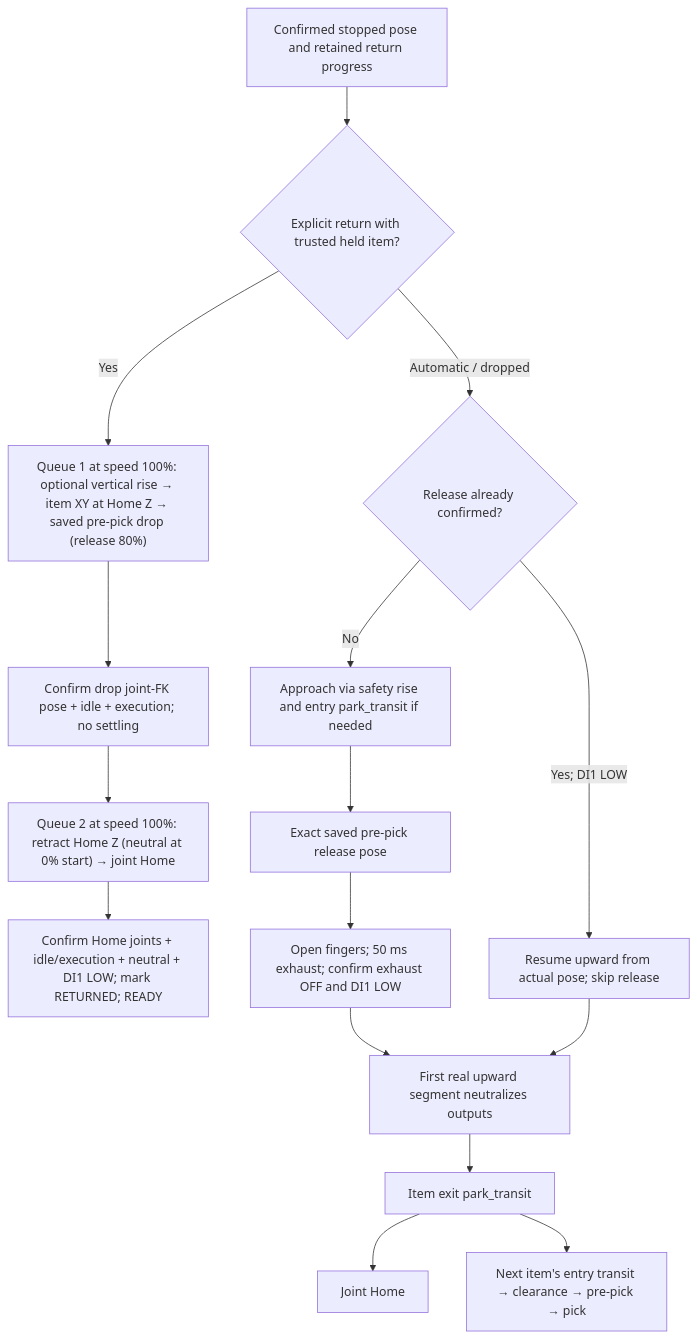
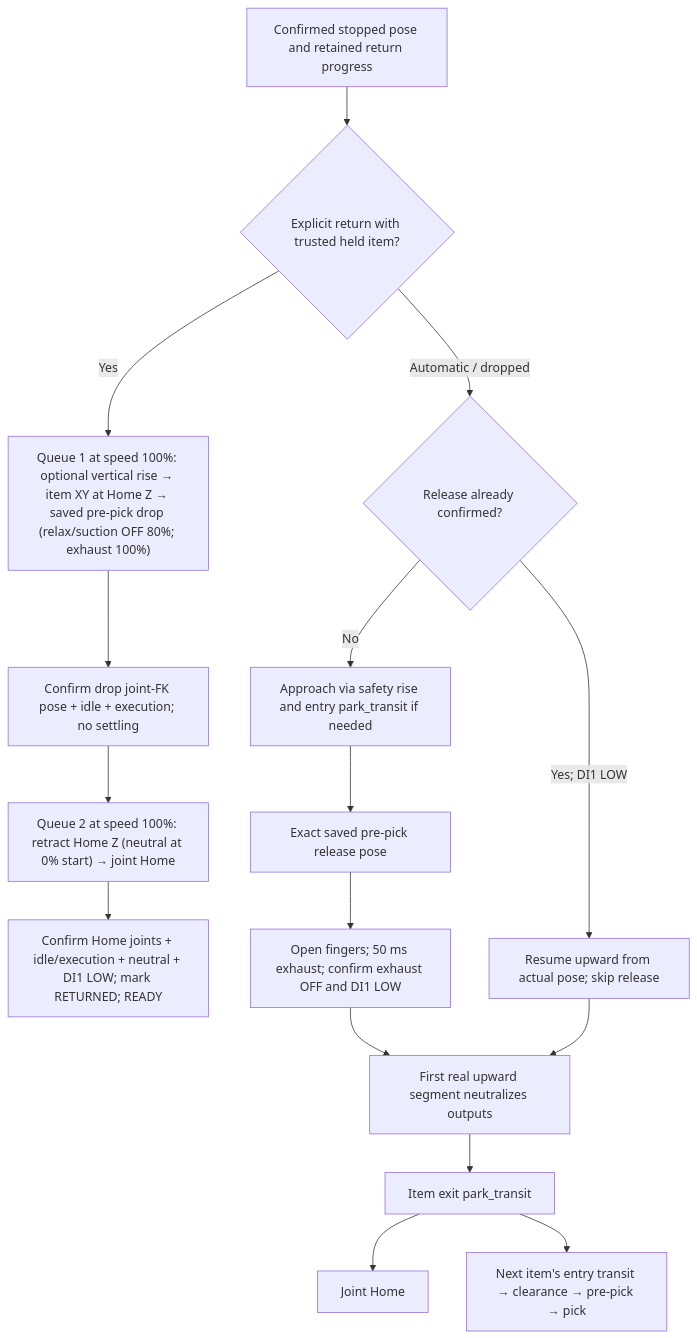
Before and after one commit to esgange/dobot_picknplace_yolo: the ninth of 9 diagrams in docs/ROBOT_CONTROLLER_FSM.md, drawn with Mermaid. The commit also changed other lines of this file and 10 other files, not shown here.

Commit message:
Trigger exhaust at the drop endpoint for return and placement

````diff
--- a/docs/ROBOT_CONTROLLER_FSM.md
+++ b/docs/ROBOT_CONTROLLER_FSM.md
@@ -898,18 +901,18 @@
 ```mermaid
 flowchart TD
     Start["Confirmed stopped pose and retained return progress"] --> Kind{"Explicit return with trusted held item?"}
-    Kind -->|Yes| Queue["Queue 1 at speed 100%: optional vertical rise → item XY at Home Z → saved pre-pick drop (release 80%)"]
+    Kind -->|Yes| Queue["Queue 1 at speed 100%: optional vertical rise → item XY at Home Z → saved pre-pick drop (relax/suction OFF 80%; exhaust 100%)"]
     Queue --> Drop["Confirm drop joint-FK pose + idle + execution; no settling"]
     Drop --> Return["Queue 2 at speed 100%: retract Home Z (neutral at 0% start) → joint Home"]
     Return --> Done["Confirm Home joints + idle/execution + neutral + DI1 LOW; mark RETURNED; READY"]
     Kind -->|Automatic / dropped| Released{"Release already confirmed?"}
     Released -->|No| Up["Approach via safety rise and entry park_transit if needed"]
     Up --> Release["Exact saved pre-pick release pose"]
     Release --> Pulse["Open fingers; 50 ms exhaust; confirm exhaust OFF and DI1 LOW"]
     Pulse --> Retreat["First real upward segment neutralizes outputs"]
     Released -->|Yes; DI1 LOW| Resume["Resume upward from actual pose; skip release"]
     Resume --> Retreat
     Retreat --> Exit["Item exit park_transit"]
     Exit --> Home["Joint Home"]
     Exit --> Next["Next item's entry transit → clearance → pre-pick → pick"]
 ```
````
